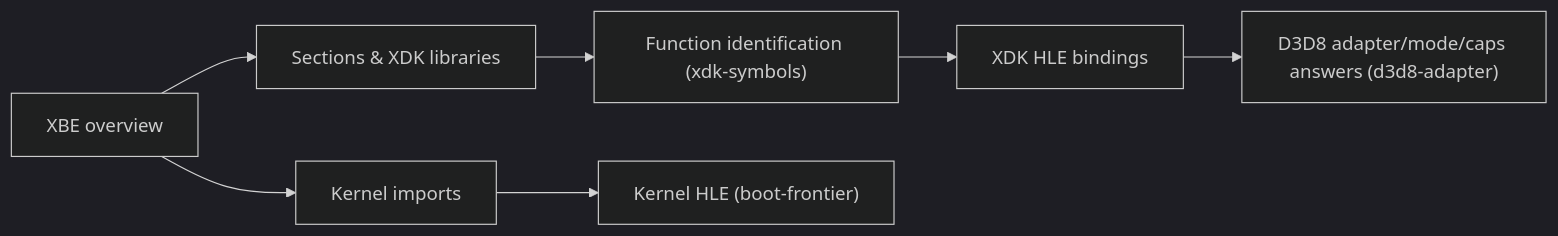
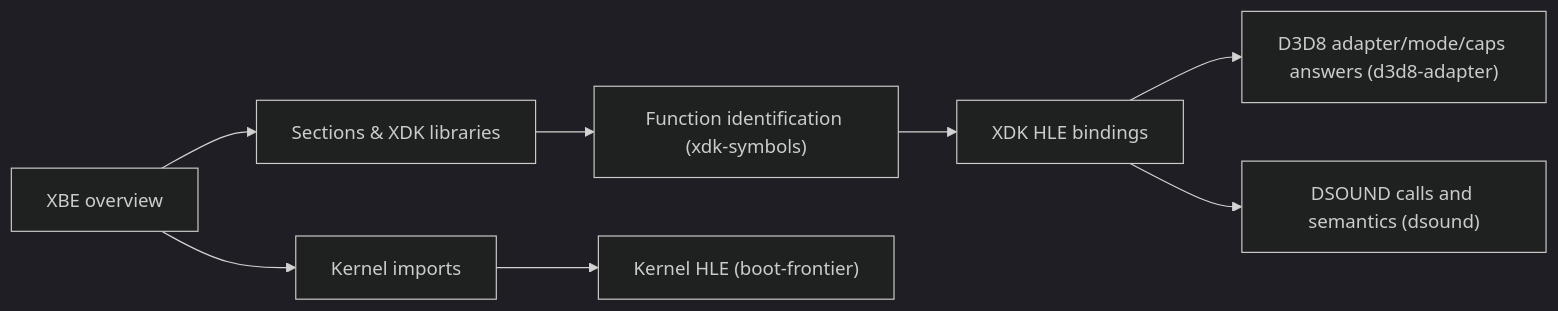
The diagram in docs/analysis/README.md (nworkers/reJSRF), drawn with Mermaid (dark theme) before and after one commit. The commit also changed other lines of this file and 32 other files, not shown here.

````diff
--- a/docs/analysis/README.md
+++ b/docs/analysis/README.md
@@ -11,9 +11,10 @@
 ```mermaid
 flowchart LR
     XBE["XBE overview"] --> SECT["Sections & XDK libraries"]
     XBE --> KIMP["Kernel imports"]
     SECT --> FID["Function identification (xdk-symbols)"]
     KIMP --> KHLE["Kernel HLE (boot-frontier)"]
     FID --> XHLE["XDK HLE bindings"]
     XHLE --> D3D["D3D8 adapter/mode/caps answers (d3d8-adapter)"]
+    XHLE --> DSND["DSOUND calls and semantics (dsound)"]
 ```
````
